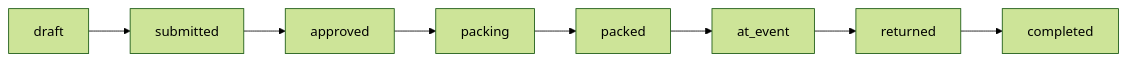
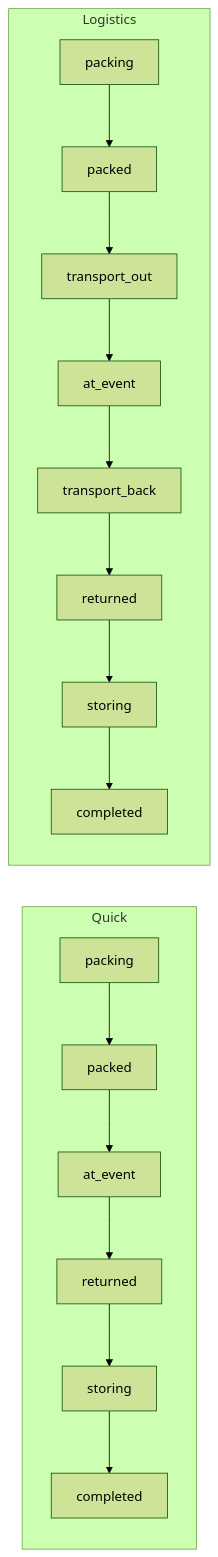
The diagram in docs/activities/status.md (eMatChef/eMatChef1), drawn with Mermaid (forest theme) before and after one commit. The commit also changed other lines of this file and 77 other files, not shown here.

First line of the commit message:
wip: Activity-Status transport_out/back, Journey & Transport-Touren

````diff
--- a/docs/activities/status.md
+++ b/docs/activities/status.md
@@ -55,10 +78,19 @@
 ```mermaid
 flowchart LR
-  draft --> submitted
-  submitted --> approved
-  approved --> packing
-  packing --> packed
-  packed --> at_event
-  at_event --> returned
-  returned --> completed
+  subgraph quick [Quick]
+    packing --> packed
+    packed --> at_event
+    at_event --> returned
+    returned --> storing
+    storing --> completed
+  end
+  subgraph logistics [Logistics]
+    packing2[packing] --> packed2[packed]
+    packed2 --> transport_out
+    transport_out --> at_event2[at_event]
+    at_event2 --> transport_back
+    transport_back --> returned2[returned]
+    returned2 --> storing2[storing]
+    storing2 --> completed2[completed]
+  end
 ```
````
